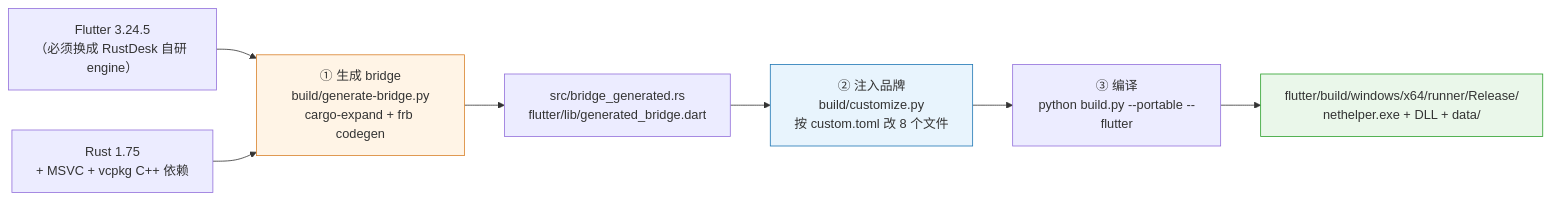
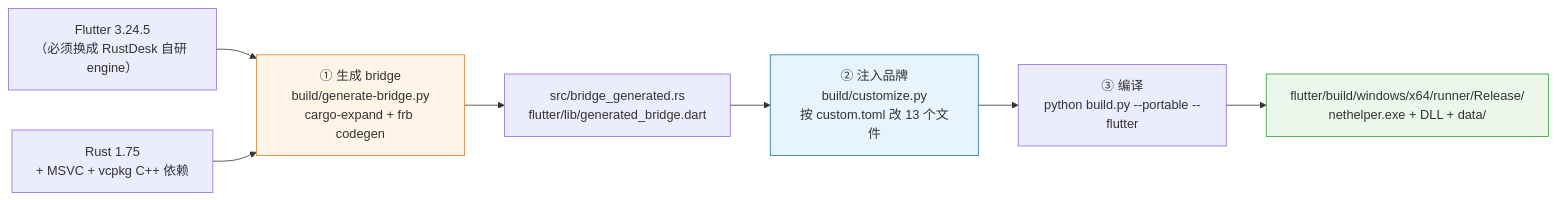
One commit to liaozhimingandy/wedesk changed the third of 4 diagrams in docs/01-architecture.md. Above: the diagram before and after it, drawn with Mermaid. The commit also changed 25 other files, not shown here.

````diff
--- a/docs/01-architecture.md
+++ b/docs/01-architecture.md
@@ -177,17 +177,17 @@
 ```mermaid
 flowchart LR
     A["Flutter 3.24.5<br/>（必须换成 RustDesk 自研 engine）"] --> C
     B["Rust 1.75<br/>+ MSVC + vcpkg C++ 依赖"] --> C
 
     C["① 生成 bridge<br/>build/generate-bridge.py<br/>cargo-expand + frb codegen"] --> D
     D["src/bridge_generated.rs<br/>flutter/lib/generated_bridge.dart"] --> E
 
-    E["② 注入品牌<br/>build/customize.py<br/>按 custom.toml 改 8 个文件"] --> F
+    E["② 注入品牌<br/>build/customize.py<br/>按 custom.toml 改 13 个文件"] --> F
 
     F["③ 编译<br/>python build.py --portable --flutter"] --> G
     G["flutter/build/windows/x64/runner/Release/<br/>nethelper.exe + DLL + data/"]
 
     style C fill:#fff4e6,stroke:#d9822b
     style E fill:#e8f4fd,stroke:#1f77b4
     style G fill:#eaf7ea,stroke:#2ca02c
 ```
````
